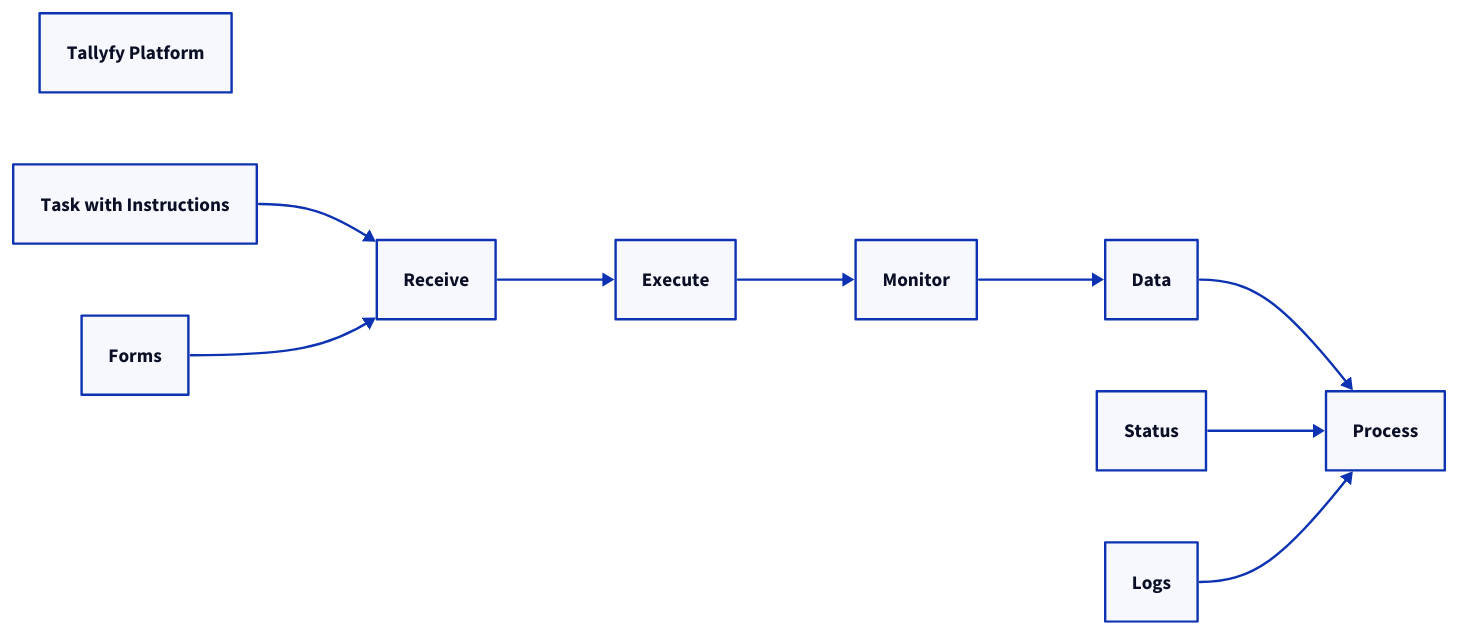
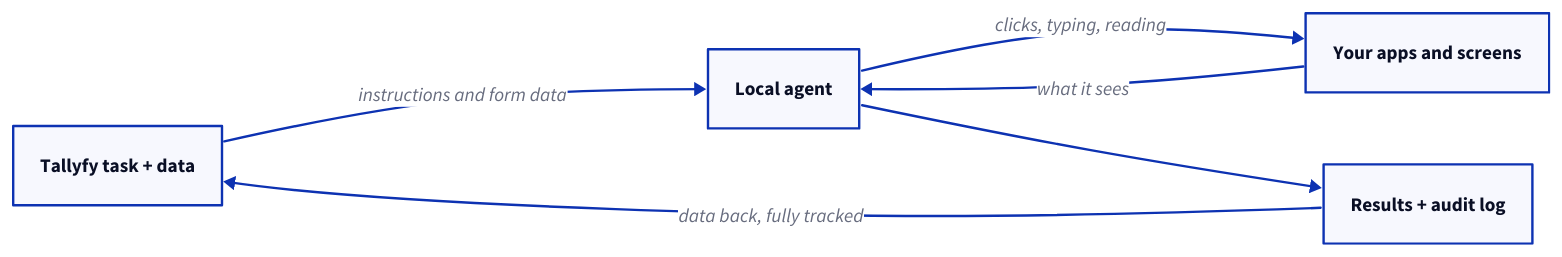
One commit to tallyfy/documentation changed the second of 2 diagrams in src/content/docs/pro/integrations/computer-ai-agents/local-computer-use-agents.mdx. Above: the diagram before and after it, drawn with D2. The commit also changed other lines of this file, not shown here.

First line of the commit message:
docs: simplify local computer use agents page for business readers

````diff
--- a/src/content/docs/pro/integrations/computer-ai-agents/local-computer-use-agents.mdx
+++ b/src/content/docs/pro/integrations/computer-ai-agents/local-computer-use-agents.mdx
@@ -768,20 +72,12 @@
 ```d2
 direction: right
-Data: Data
-Execute: Execute
-Logs: Logs
-Monitor: Monitor
-Process: Process
-Receive: Receive
-Status: Status
-Tallyfy: Tallyfy Platform
-Task: Task with Instructions
-Task -> Receive
-Forms -> Receive
-Receive -> Execute
-Execute -> Monitor
-Monitor -> Data
-Data -> Process
-Status -> Process
-Logs -> Process
+Tallyfy: Tallyfy task + data
+Agent: Local agent
+Screen: Your apps and screens
+Results: Results + audit log
+Tallyfy -> Agent: instructions and form data
+Agent -> Screen: clicks, typing, reading
+Screen -> Agent: what it sees
+Agent -> Results
+Results -> Tallyfy: data back, fully tracked
 ```
````
